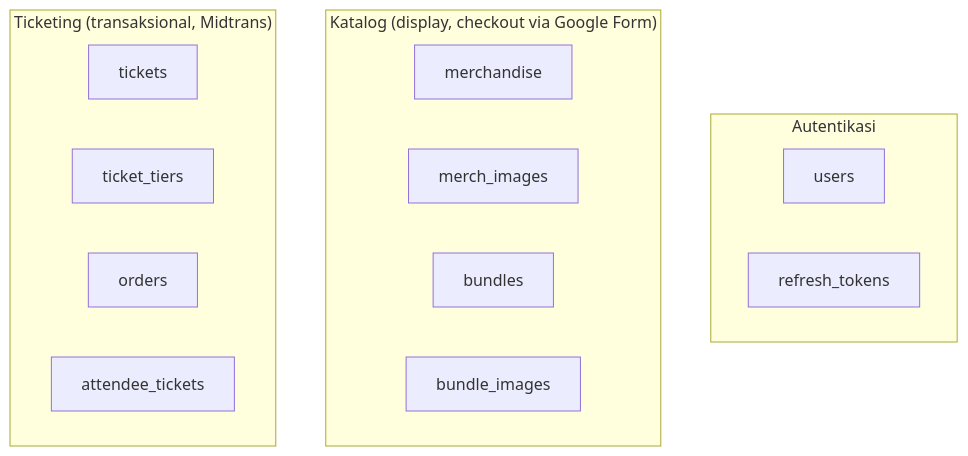
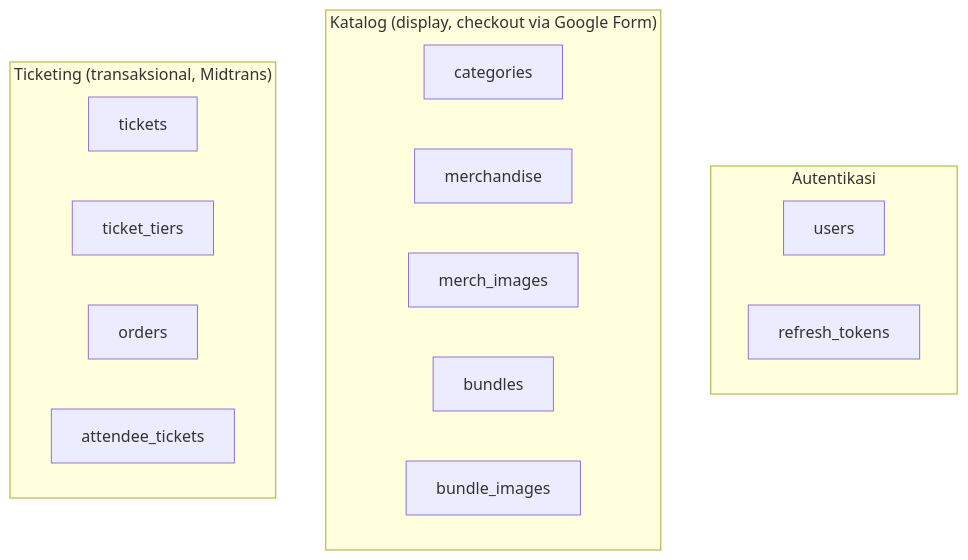
One commit to webdevtedxuniversitasairlangga2025/tedx-be changed the second of 4 diagrams in docs/database-schema.md. Above: the diagram before and after it, drawn with Mermaid. The commit also changed other lines of this file and 4 other files, not shown here.

````diff
--- a/docs/database-schema.md
+++ b/docs/database-schema.md
@@ -167,19 +175,20 @@
 ```mermaid
 flowchart TB
     subgraph AUTH["Autentikasi"]
         users
         refresh_tokens
     end
     subgraph CATALOG["Katalog (display, checkout via Google Form)"]
+        categories
         merchandise
         merch_images
         bundles
         bundle_images
     end
     subgraph TICKETING["Ticketing (transaksional, Midtrans)"]
         tickets
         ticket_tiers
         orders
         attendee_tickets
     end
 ```
````
